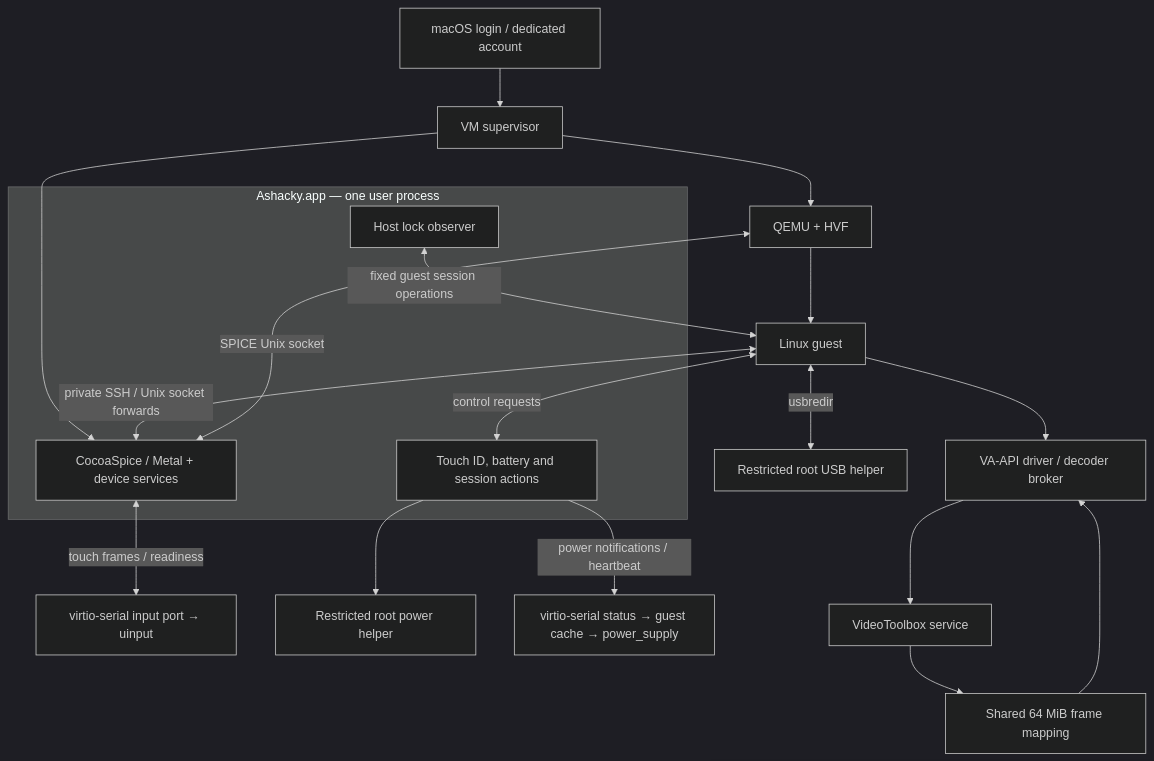
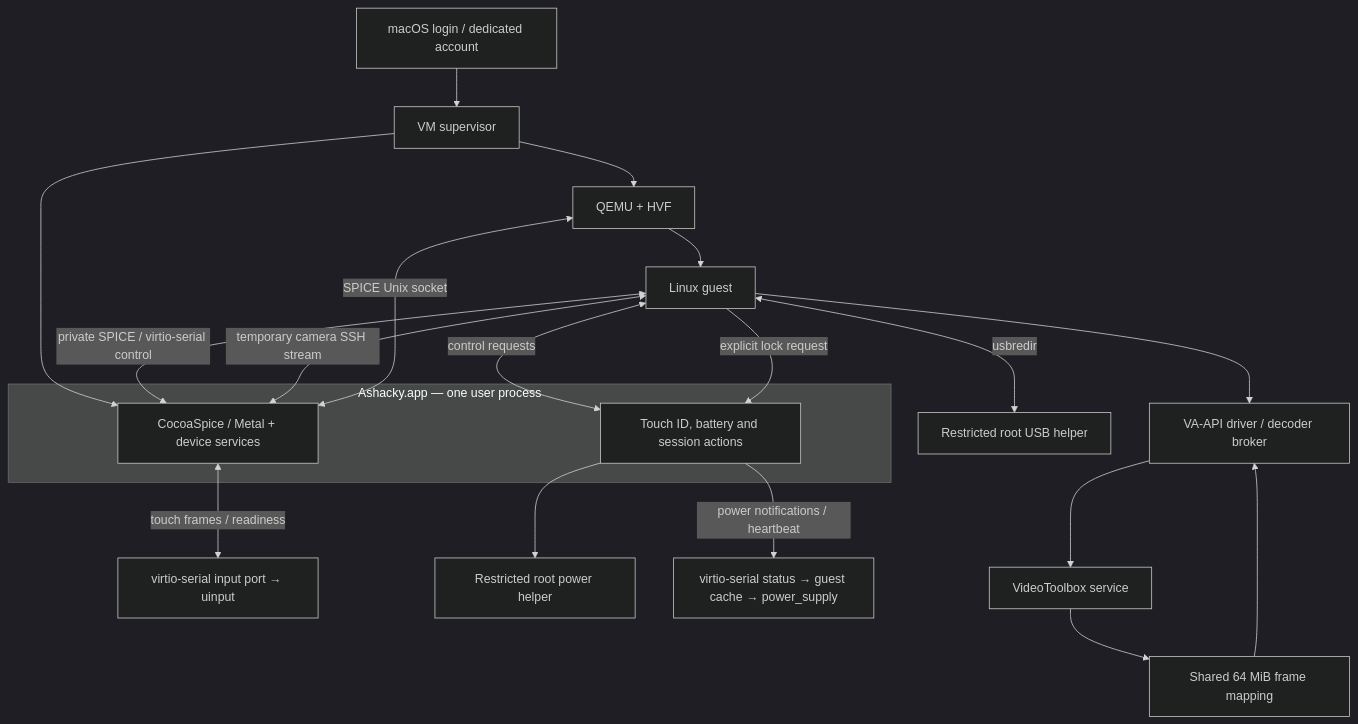
The diagram in docs/ARCHITECTURE.md (aynik/ashacky), drawn with Mermaid (dark theme) before and after one commit. The commit also changed other lines of this file and 41 other files, not shown here.

First line of the commit message:
Replace SSH control with private SPICE RPC and macOS locking

````diff
--- a/docs/ARCHITECTURE.md
+++ b/docs/ARCHITECTURE.md
@@ -7,24 +7,24 @@
 ```mermaid
 flowchart TB
   Login[macOS login / dedicated account] --> Session[VM supervisor]
   Session --> QEMU[QEMU + HVF]
   Session --> Frontend
   subgraph App[Ashacky.app — one user process]
     Frontend[CocoaSpice / Metal + device services]
     Control[Touch ID, battery and session actions]
-    Sync[Host lock observer]
   end
   Frontend <-->|SPICE Unix socket| QEMU
   QEMU --> Guest[Linux guest]
   Frontend <-->|touch frames / readiness| Input[virtio-serial input port → uinput]
-  Guest <-->|private SSH / Unix socket forwards| Frontend
+  Guest <-->|private SPICE / virtio-serial control| Frontend
+  Guest <-->|temporary camera SSH stream| Frontend
   Guest <-->|control requests| Control
   Control --> Power[Restricted root power helper]
   Control -->|power notifications / heartbeat| Telemetry[virtio-serial status → guest cache → power_supply]
-  Sync <-->|fixed guest session operations| Guest
+  Guest -->|explicit lock request| Control
   Guest <-->|usbredir| USB[Restricted root USB helper]
   Guest --> VA[VA-API driver / decoder broker]
   VA --> VT[VideoToolbox service]
   VT --> Memory[Shared 64 MiB frame mapping]
   Memory --> VA
 ```
````
